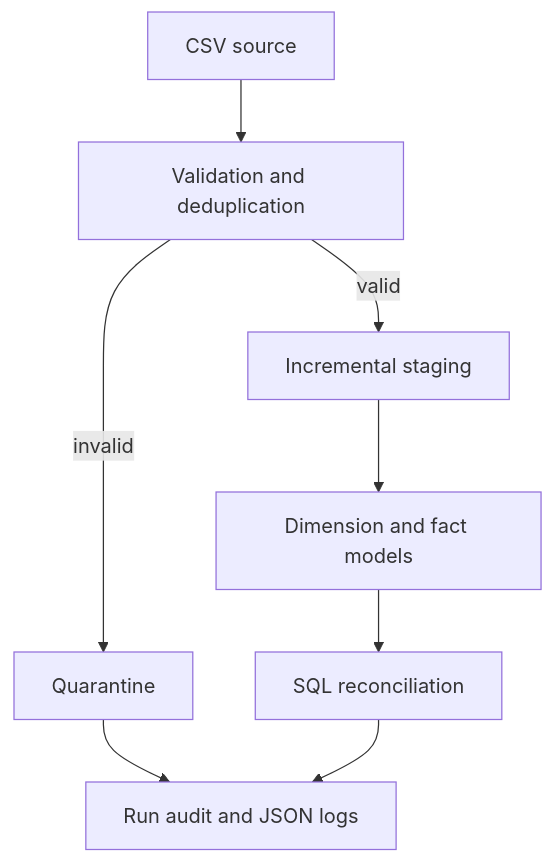
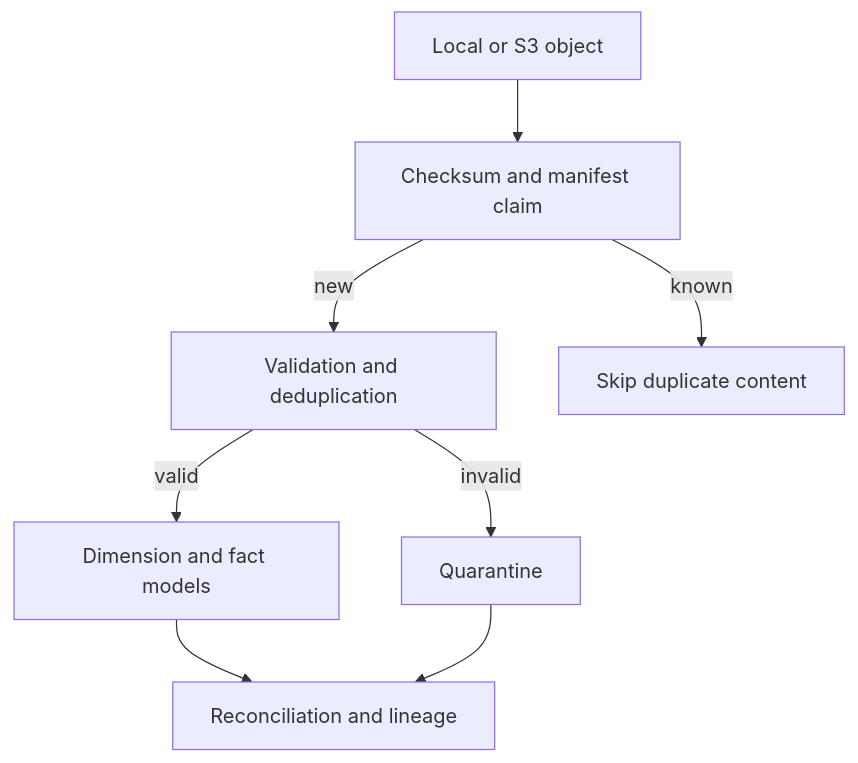
One commit to kdgmax/production-data-platform changed the diagram in README.md. Above: the diagram before and after it, drawn with Mermaid. The commit also changed other lines of this file and 13 other files, not shown here.

````diff
--- a/README.md
+++ b/README.md
@@ -33,10 +36,10 @@
 ```mermaid
 flowchart TD
-    A["CSV source"] --> B["Validation and deduplication"]
-    B -->|valid| C["Incremental staging"]
-    B -->|invalid| D["Quarantine"]
-    C --> E["Dimension and fact models"]
-    E --> F["SQL reconciliation"]
-    D --> G["Run audit and JSON logs"]
+    A["Local or S3 object"] --> B["Checksum and manifest claim"]
+    B -->|new| C["Validation and deduplication"]
+    B -->|known| D["Skip duplicate content"]
+    C -->|valid| E["Dimension and fact models"]
+    C -->|invalid| F["Quarantine"]
+    E --> G["Reconciliation and lineage"]
     F --> G
 ```
````
